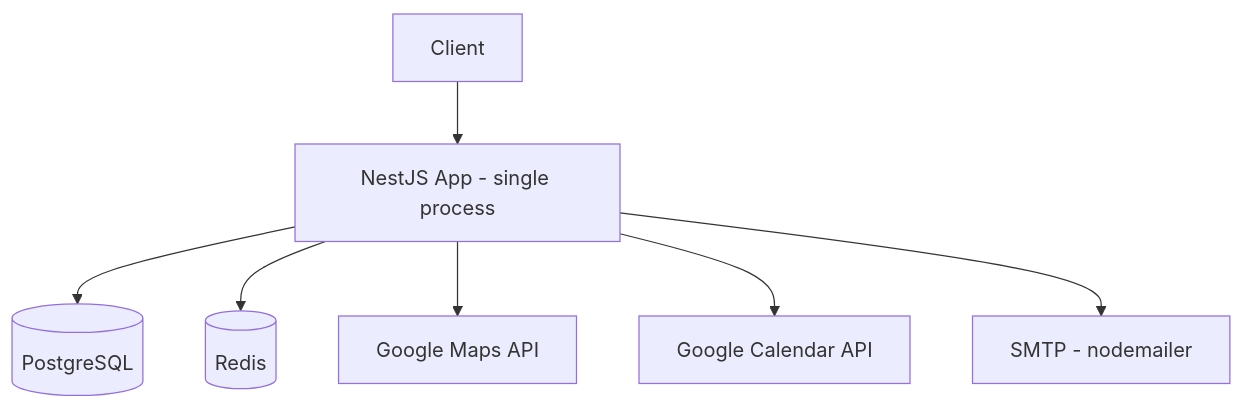
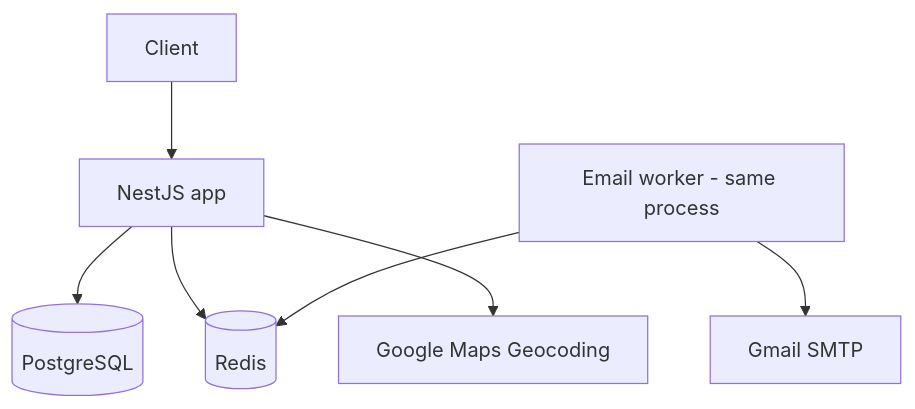
One commit to psytonik/smart-booking changed the first of 4 diagrams in ARCHITECTURE.md. Above: the diagram before and after it, drawn with Mermaid. The commit also changed other lines of this file and 23 other files, not shown here.

First line of the commit message:
Enable strict TypeScript, rewrite ARCHITECTURE.md, finish cleanup items

````diff
--- a/ARCHITECTURE.md
+++ b/ARCHITECTURE.md
@@ -7,9 +7,9 @@
 ```mermaid
 graph TD
-    Client[Client] --> API[NestJS App - single process]
+    Client[Client] --> API[NestJS app]
     API --> PG[(PostgreSQL)]
     API --> Redis[(Redis)]
-    API --> GMaps[Google Maps API]
-    API --> GCal[Google Calendar API]
-    API --> SMTP[SMTP - nodemailer]
+    API --> GMaps[Google Maps Geocoding]
+    Worker[Email worker - same process] --> Redis
+    Worker --> SMTP[Gmail SMTP]
 ```
````
